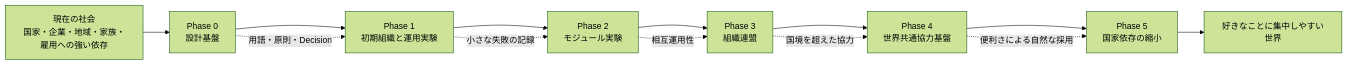
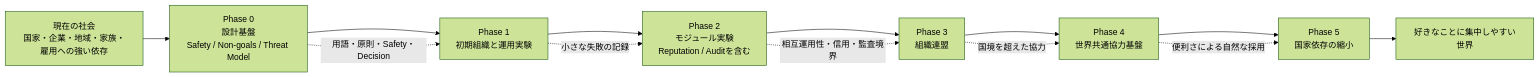
The diagram in assets/diagrams/04-transition-roadmap.md (acecore-systems/world-foundation), drawn with Mermaid (forest theme) before and after one commit. The commit also changed 35 other files, not shown here.

````diff
--- a/assets/diagrams/04-transition-roadmap.md
+++ b/assets/diagrams/04-transition-roadmap.md
@@ -5,19 +5,19 @@
 ```mermaid
 flowchart LR
   Current["現在の社会<br/>国家・企業・地域・家族・雇用への強い依存"]
-  P0["Phase 0<br/>設計基盤"]
+  P0["Phase 0<br/>設計基盤<br/>Safety / Non-goals / Threat Model"]
   P1["Phase 1<br/>初期組織と運用実験"]
-  P2["Phase 2<br/>モジュール実験"]
+  P2["Phase 2<br/>モジュール実験<br/>Reputation / Auditを含む"]
   P3["Phase 3<br/>組織連盟"]
   P4["Phase 4<br/>世界共通協力基盤"]
   P5["Phase 5<br/>国家依存の縮小"]
   Future["好きなことに集中しやすい世界"]
 
   Current --> P0 --> P1 --> P2 --> P3 --> P4 --> P5 --> Future
 
-  P0 -. "用語・原則・Decision" .-> P1
+  P0 -. "用語・原則・Safety・Decision" .-> P1
   P1 -. "小さな失敗の記録" .-> P2
-  P2 -. "相互運用性" .-> P3
+  P2 -. "相互運用性・信用・監査境界" .-> P3
   P3 -. "国境を超えた協力" .-> P4
   P4 -. "便利さによる自然な採用" .-> P5
 ```
````
